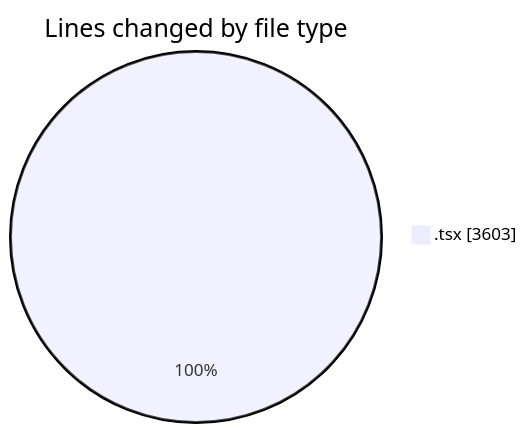
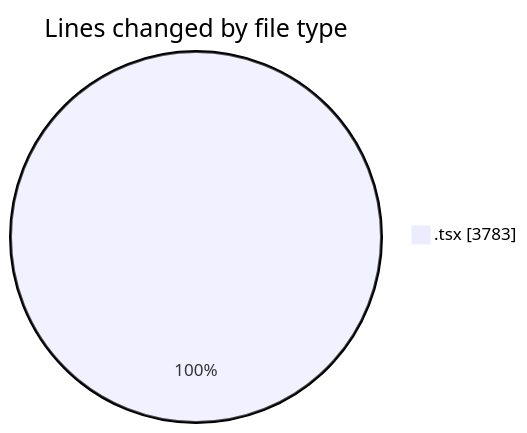
One commit to nxtqubesakshisongat/code-tracking changed the first of 2 diagrams in 2026-06-18/nxtqube_webapp/README.md. Above: the diagram before and after it, drawn with Mermaid. The commit also changed other lines of this file and 1 other file, not shown here.

````diff
--- a/2026-06-18/nxtqube_webapp/README.md
+++ b/2026-06-18/nxtqube_webapp/README.md
@@ -20,5 +20,5 @@
 ```mermaid
 pie showData
 title Lines changed by file type
-".tsx" : 3603
+".tsx" : 3783
 ```
````
